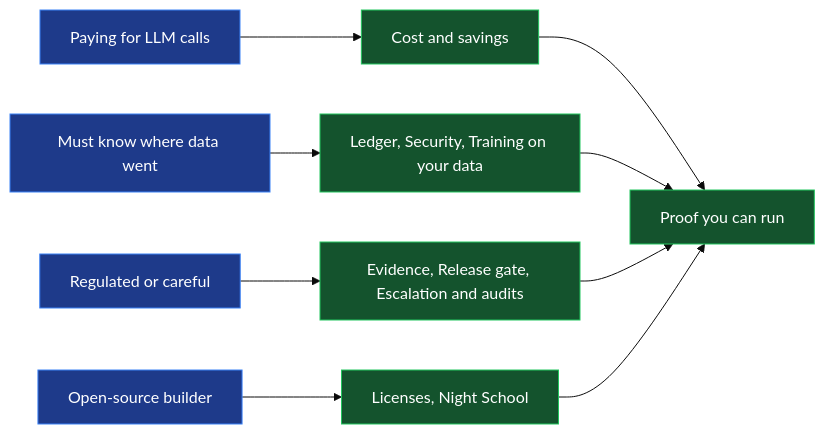
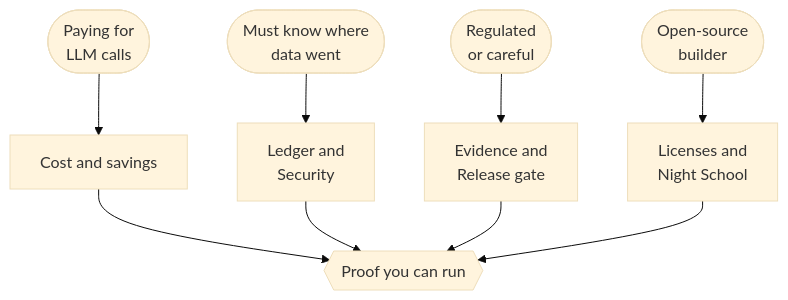
Before and after one commit to harshbhx/ratchet: the first of 4 diagrams in docs-site/src/content/docs/guides/why-it-matters.mdx, drawn with Mermaid (base theme). The commit also changed other lines of this file and 25 other files, not shown here.

````diff
--- a/docs-site/src/content/docs/guides/why-it-matters.mdx
+++ b/docs-site/src/content/docs/guides/why-it-matters.mdx
@@ -11,15 +21,12 @@
 ```mermaid
-flowchart LR
-  A["Paying for LLM calls"] --> A1["Cost and savings"]
-  B["Must know where data went"] --> B1["Ledger, Security, Training on your data"]
-  C["Regulated or careful"] --> C1["Evidence, Release gate, Escalation and audits"]
-  D["Open-source builder"] --> D1["Licenses, Night School"]
-  A1 --> P["Proof you can run"]
+flowchart TB
+  A(["Paying for<br/>LLM calls"]) --> A1["Cost and savings"]
+  B(["Must know where<br/>data went"]) --> B1["Ledger and<br/>Security"]
+  C(["Regulated<br/>or careful"]) --> C1["Evidence and<br/>Release gate"]
+  D(["Open-source<br/>builder"]) --> D1["Licenses and<br/>Night School"]
+  A1 --> P{{"Proof you can run"}}
   B1 --> P
   C1 --> P
   D1 --> P
-  classDef who fill:#1e3a8a,stroke:#3b82f6,color:#fff
-  classDef page fill:#14532d,stroke:#22c55e,color:#fff
-  class A,B,C,D who
-  class A1,B1,C1,D1,P page
+  class P ok
 ```
````
